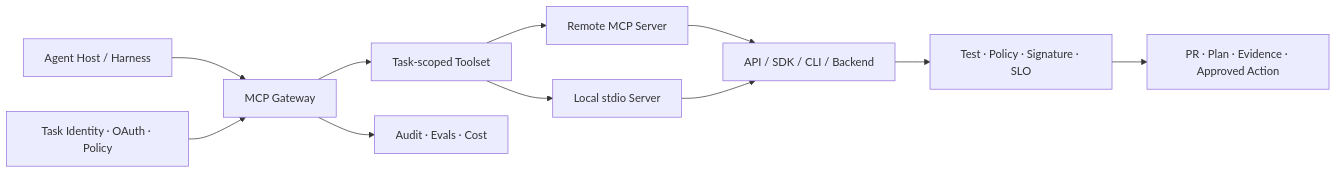
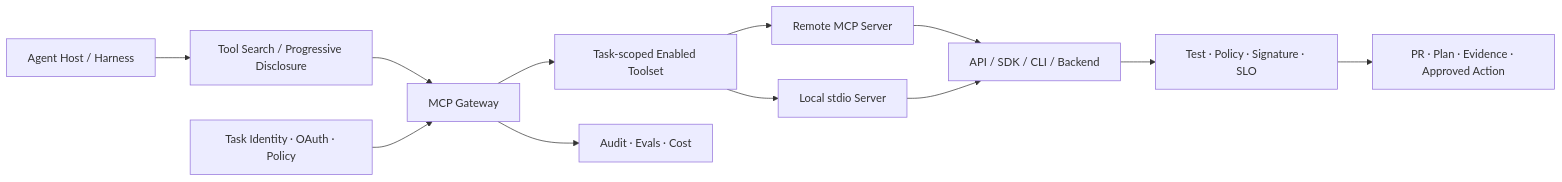
One commit to dicoeeee/CICDInsight changed the second of 2 diagrams in 50_deepdives/mcp-protocol/90_report.md. Above: the diagram before and after it, drawn with Mermaid. The commit also changed other lines of this file and 64 other files, not shown here.

````diff
--- a/50_deepdives/mcp-protocol/90_report.md
+++ b/50_deepdives/mcp-protocol/90_report.md
@@ -171,13 +258,14 @@
 ```mermaid
 flowchart LR
-  H["Agent Host / Harness"] --> G["MCP Gateway"]
-  G --> T["Task-scoped Toolset"]
+  H["Agent Host / Harness"] --> TS["Tool Search / Progressive Disclosure"]
+  TS --> G["MCP Gateway"]
+  G --> T["Task-scoped Enabled Toolset"]
   T --> S1["Remote MCP Server"]
   T --> S2["Local stdio Server"]
   S1 --> B["API / SDK / CLI / Backend"]
   S2 --> B
   I["Task Identity · OAuth · Policy"] --> G
   B --> O["Test · Policy · Signature · SLO"]
   O --> E["PR · Plan · Evidence · Approved Action"]
   G --> A["Audit · Evals · Cost"]
 ```
````
